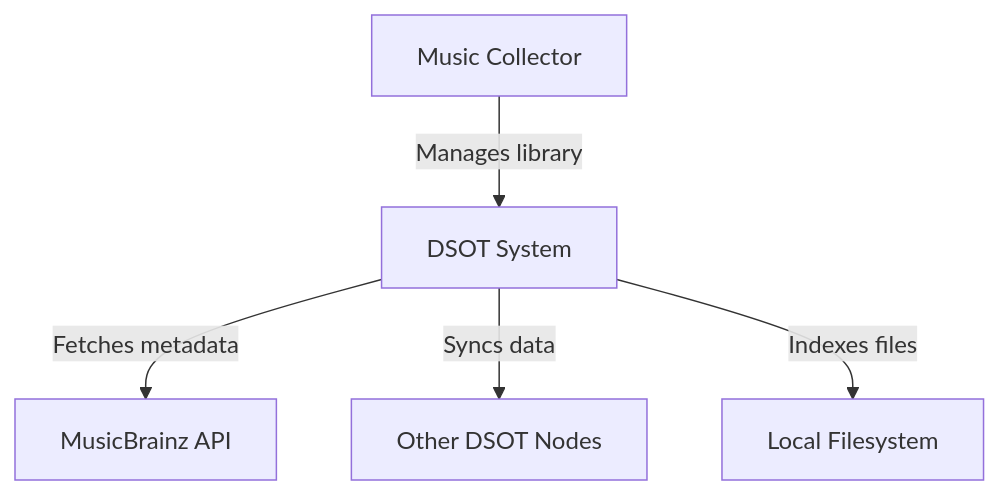
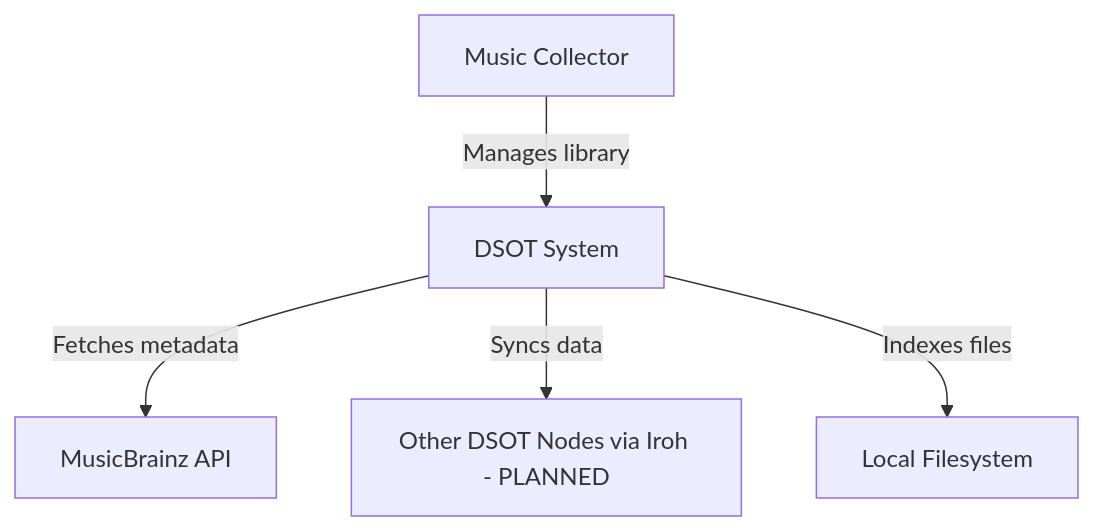
One commit to Davidblkx/dsot changed the diagram in docs/architecture/L1-context.md. Above: the diagram before and after it, drawn with Mermaid. The commit also changed other lines of this file and 8 other files, not shown here.

````diff
--- a/docs/architecture/L1-context.md
+++ b/docs/architecture/L1-context.md
@@ -27,13 +27,13 @@
 ```mermaid
 graph TD
     User[Music Collector]
     DSOT[DSOT System]
     MB[MusicBrainz API]
-    P2P[Other DSOT Nodes]
+    P2P[Other DSOT Nodes via Iroh - PLANNED]
     FS[Local Filesystem]
 
     User -->|Manages library| DSOT
     DSOT -->|Fetches metadata| MB
     DSOT -->|Syncs data| P2P
     DSOT -->|Indexes files| FS
 ```
````
